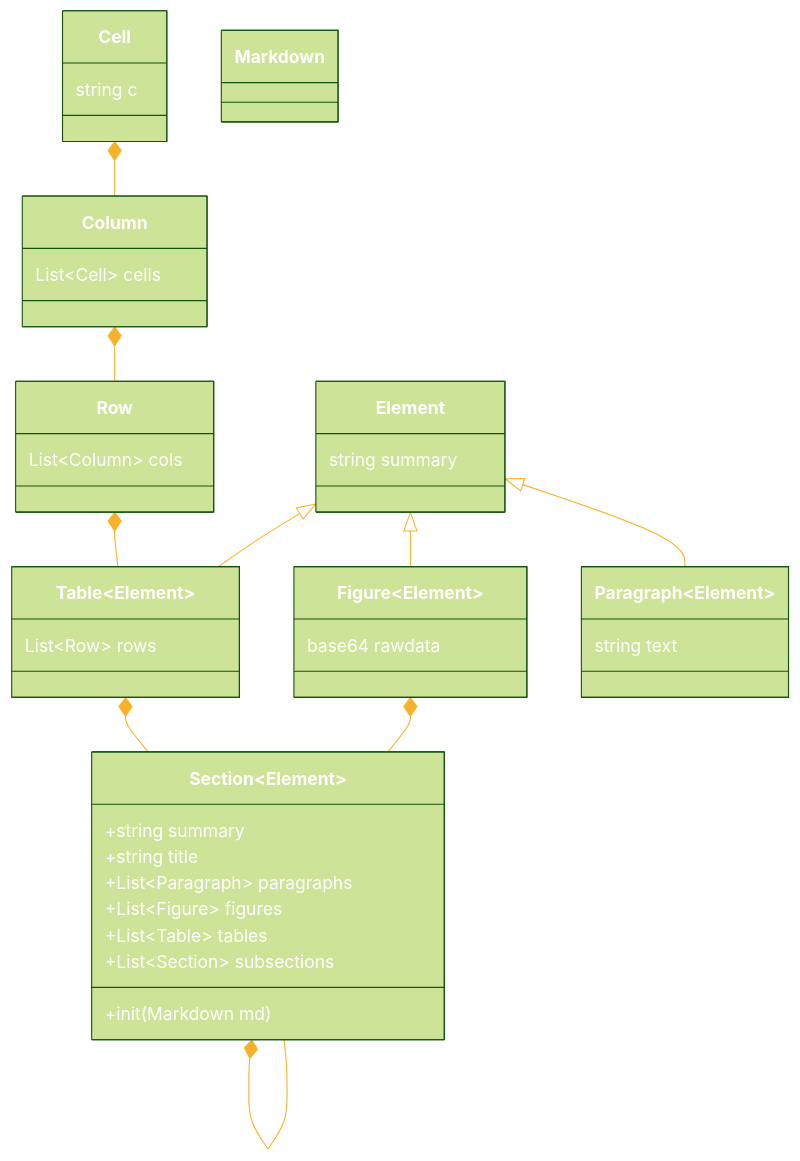
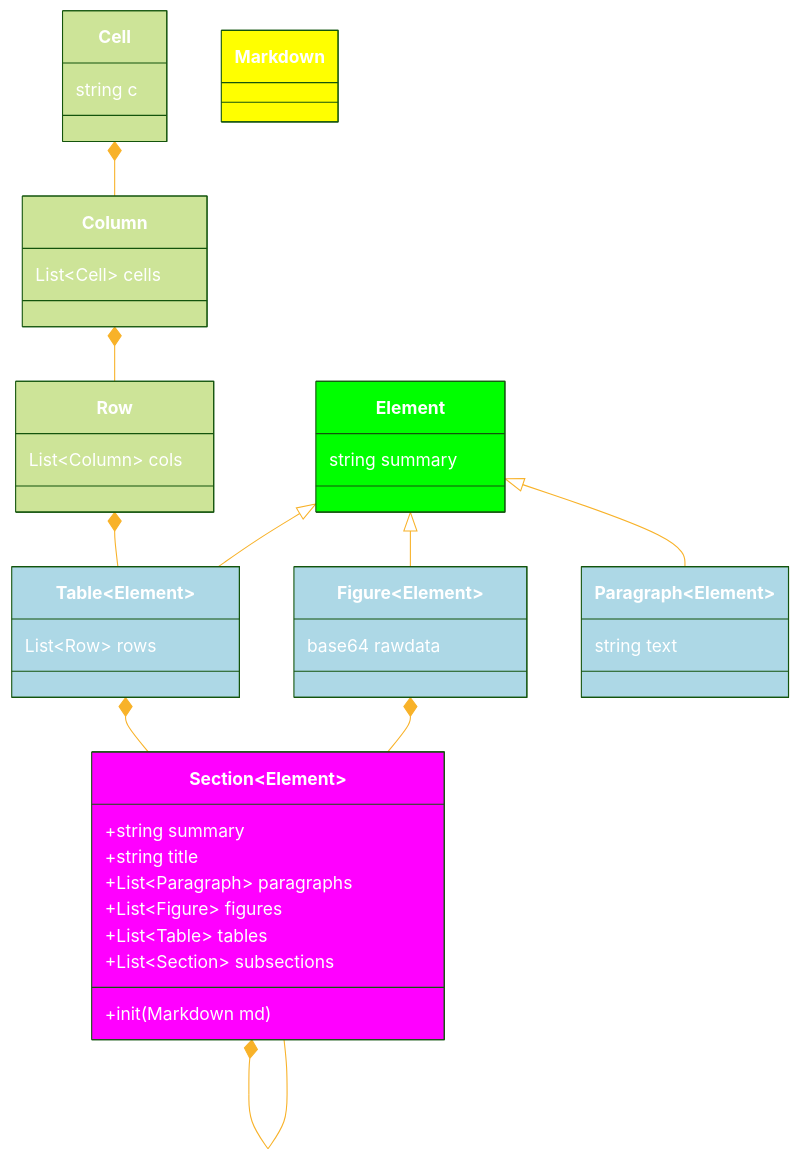
Before and after one commit to Binjian/ribosome: the first of 3 diagrams in README.md, drawn with Mermaid. The commit also changed other lines of this file and 80 other files, not shown here.

````diff
--- a/README.md
+++ b/README.md
@@ -53,60 +53,66 @@
 ``` mermaid
 ---
 config:
   theme: 'forest'
   themeVariables:
     primaryColor: '#BB2528'
     primaryTextColor: '#fff'
     primaryBorderColor: '#7C0000'
     lineColor: '#F8B229'
     secondaryColor: '#006100'
     tertiaryColor: '#fff'
 ---
 
 classDiagram
 class Element{
     string summary
 }
 class Figure~Element~{
     base64 rawdata
 }
+style Element fill:lime
+style Figure fill:lightblue
 Element <|-- Figure
 class Cell {
     string c
 }
 class Column {
     List~Cell~ cells
 }
 class Row {
     List~Column~ cols
 }
 class Table~Element~ {
     List~Row~ rows
 }
 Cell *-- Column
 Column *-- Row
 Row *-- Table
 Element <|-- Table
+style Table fill:lightblue
 
 
 class Paragraph~Element~{
     string text
 }
+style Paragraph fill:lightblue
 Element <|-- Paragraph
 
 class Markdown
+style Markdown fill:yellow
 
 class Section~Element~{
     +string summary
     +string title
     +List~Paragraph~ paragraphs
     +List~Figure~ figures
     +List~Table~ tables
     +List~Section~ subsections
     +init(Markdown md)
 }
+style Section fill:fuchsia
 
 Table *-- Section 
 Figure *-- Section 
 Section *-- Section 
 ```
````
